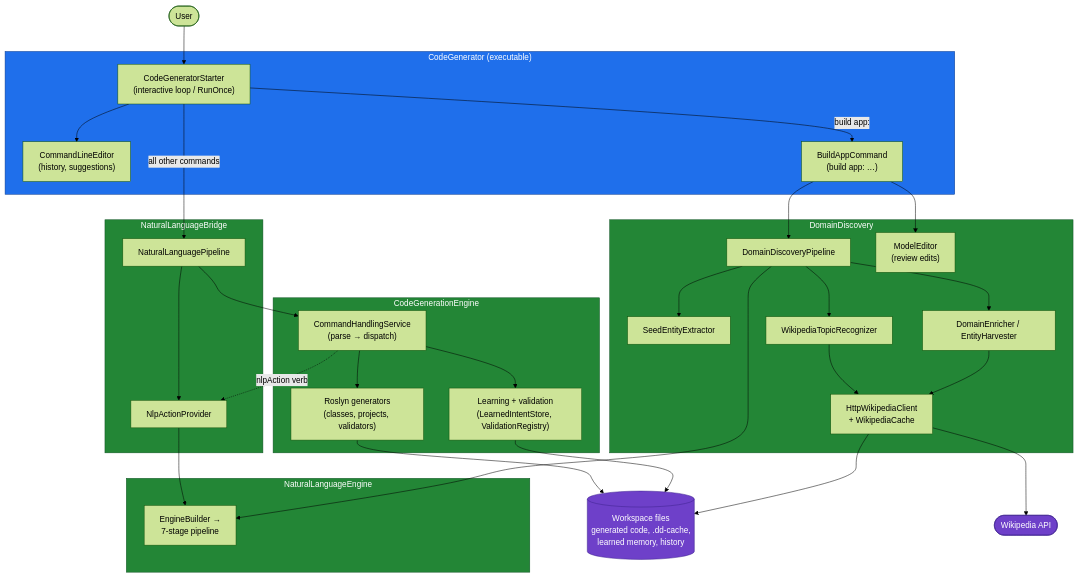
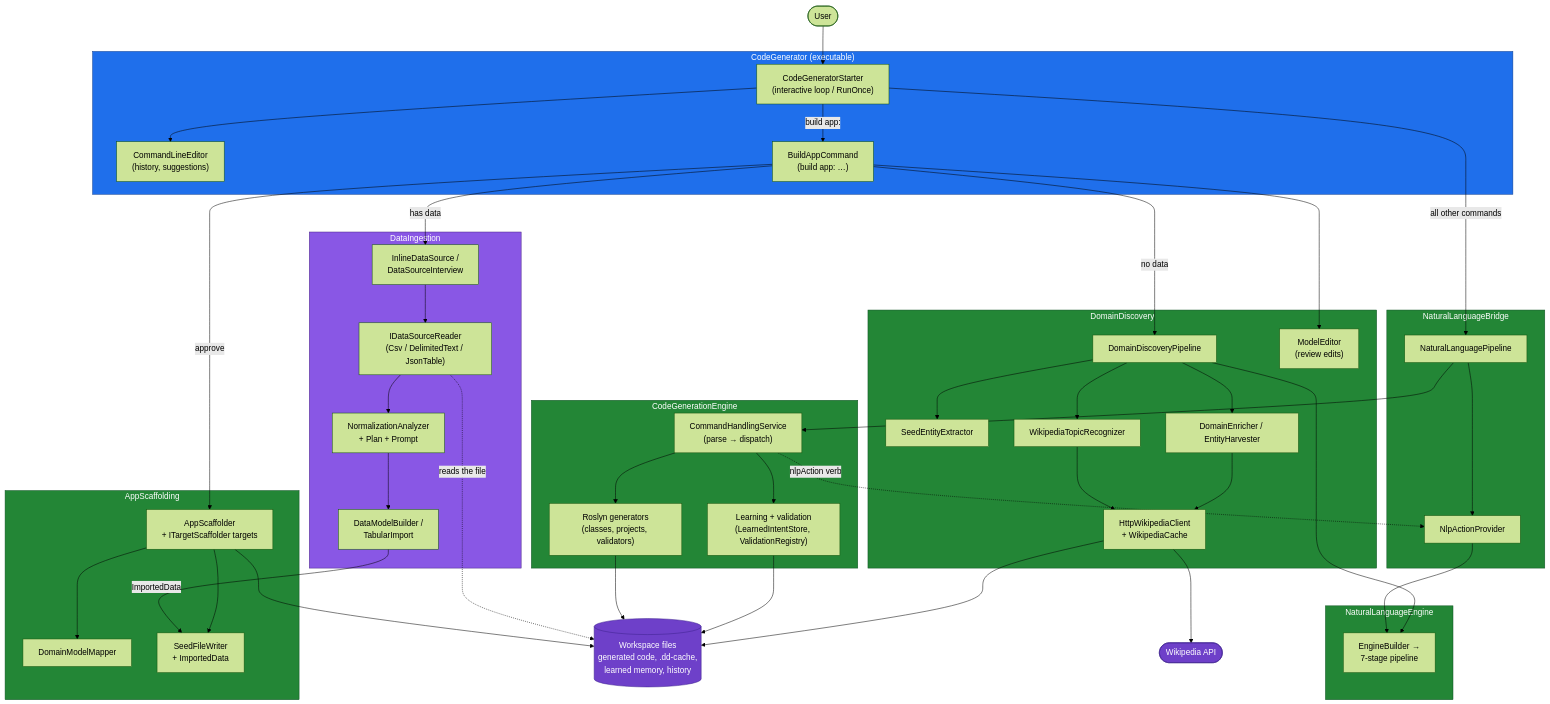
One commit to rohit-sharma444/SmartCodeGenerator changed the second of 7 diagrams in docs/architecture.md. Above: the diagram before and after it, drawn with Mermaid (forest theme). The commit also changed other lines of this file and 8 other files, not shown here.

First line of the commit message:
docs: cover building an app from existing data

````diff
--- a/docs/architecture.md
+++ b/docs/architecture.md
@@ -108,6 +138,19 @@
         wiki["HttpWikipediaClient<br/>+ WikipediaCache"]
     end
 
+    subgraph di["DataIngestion"]
+        inline["InlineDataSource /<br/>DataSourceInterview"]
+        readers["IDataSourceReader<br/>(Csv / DelimitedText / JsonTable)"]
+        analyzer["NormalizationAnalyzer<br/>+ Plan + Prompt"]
+        dmb["DataModelBuilder /<br/>TabularImport"]
+    end
+
+    subgraph asc["AppScaffolding"]
+        mapper["DomainModelMapper"]
+        scaffolder["AppScaffolder<br/>+ ITargetScaffolder targets"]
+        seedwriter["SeedFileWriter<br/>+ ImportedData"]
+    end
+
     fs[("Workspace files<br/>generated code, .dd-cache,<br/>learned memory, history")]
     wikipedia([Wikipedia API])
 
@@ -123,7 +166,7 @@
     handling --> learn
     handling -.->|"nlpAction verb"| provider
 
-    buildapp --> ddp
+    buildapp -->|"no data"| ddp
     ddp --> seed
     ddp --> topic
     ddp --> enrich
@@ -132,6 +175,18 @@
     enrich --> wiki
     buildapp --> editor2
     wiki --> wikipedia
+
+    buildapp -->|"has data"| inline
+    inline --> readers
+    readers --> analyzer
+    analyzer --> dmb
+    readers -.->|"reads the file"| fs
+
+    buildapp -->|approve| scaffolder
+    dmb -->|"ImportedData"| seedwriter
+    scaffolder --> mapper
+    scaffolder --> seedwriter
+    scaffolder --> fs
 
     gen --> fs
     learn --> fs
@@ -145,4 +200,6 @@
     style cge fill:#238636,stroke:#0f5323,color:#fff
     style nle fill:#238636,stroke:#0f5323,color:#fff
     style dd fill:#238636,stroke:#0f5323,color:#fff
+    style di fill:#8957e5,stroke:#4c2889,color:#fff
+    style asc fill:#238636,stroke:#0f5323,color:#fff
 ```
````
